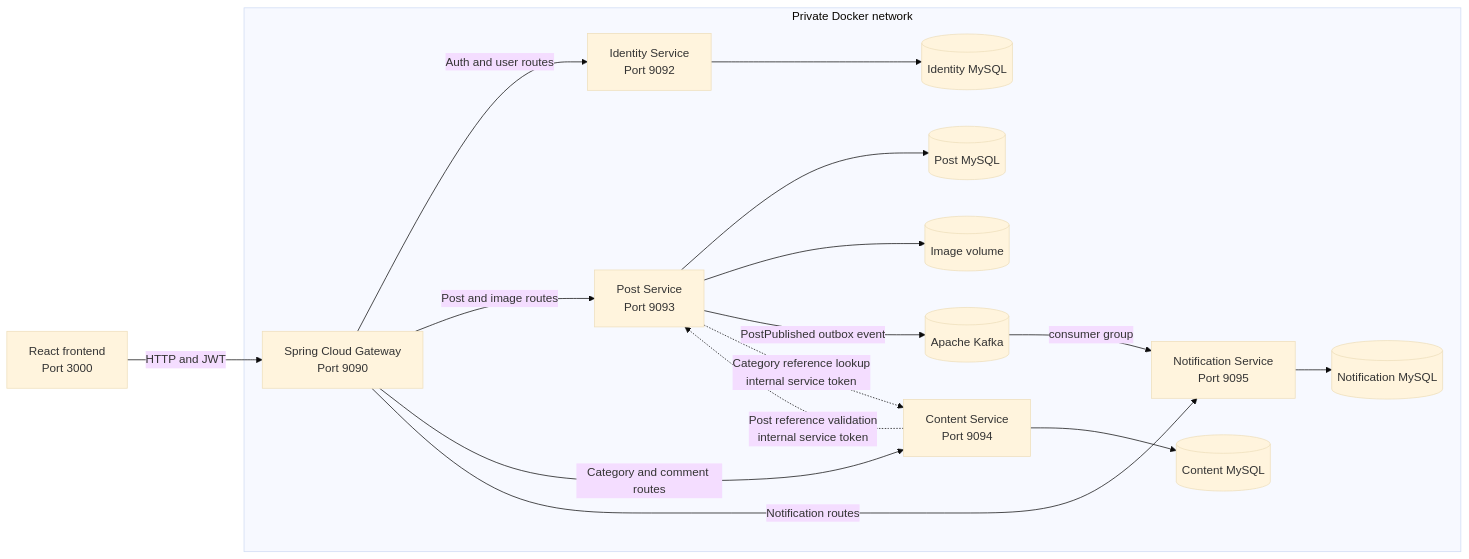
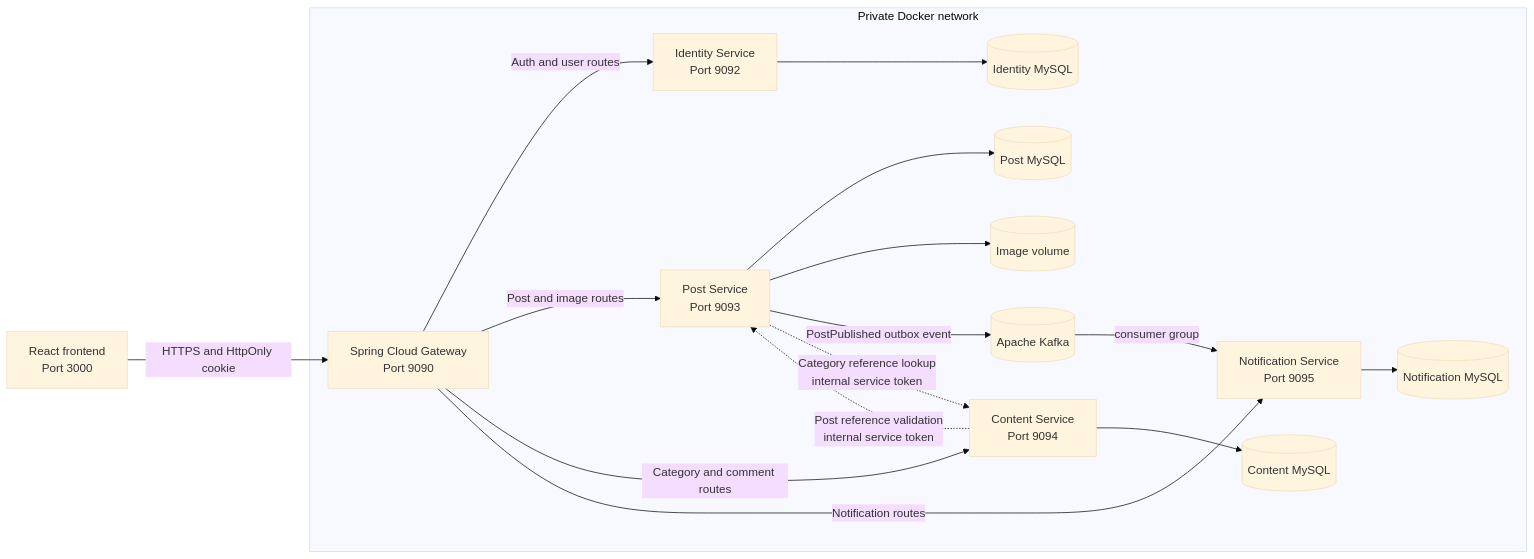
One commit to studywithdanish/microservices-backend changed the first of 2 diagrams in docs/architecture.md. Above: the diagram before and after it, drawn with Mermaid (base theme). The commit also changed other lines of this file and 23 other files, not shown here.

Commit message:
Secure browser authentication with HttpOnly cookies

````diff
--- a/docs/architecture.md
+++ b/docs/architecture.md
@@ -7,22 +7,22 @@
 ```mermaid
 flowchart LR
-    Browser[React frontend<br/>Port 3000] -->|HTTP and JWT| Gateway[Spring Cloud Gateway<br/>Port 9090]
+    Browser[React frontend<br/>Port 3000] -->|HTTPS and HttpOnly cookie| Gateway[Spring Cloud Gateway<br/>Port 9090]
 
     subgraph Private Docker network
         Gateway -->|Auth and user routes| Identity[Identity Service<br/>Port 9092]
         Gateway -->|Post and image routes| Post[Post Service<br/>Port 9093]
         Gateway -->|Category and comment routes| Content[Content Service<br/>Port 9094]
         Gateway -->|Notification routes| Notification[Notification Service<br/>Port 9095]
 
         Identity --> IdentityDb[(Identity MySQL)]
         Post --> PostDb[(Post MySQL)]
         Post --> Images[(Image volume)]
         Content --> ContentDb[(Content MySQL)]
         Notification --> NotificationDb[(Notification MySQL)]
         Post -->|PostPublished outbox event| Kafka[(Apache Kafka)]
         Kafka -->|consumer group| Notification
 
         Post -.->|Category reference lookup<br/>internal service token| Content
         Content -.->|Post reference validation<br/>internal service token| Post
     end
 ```
````
